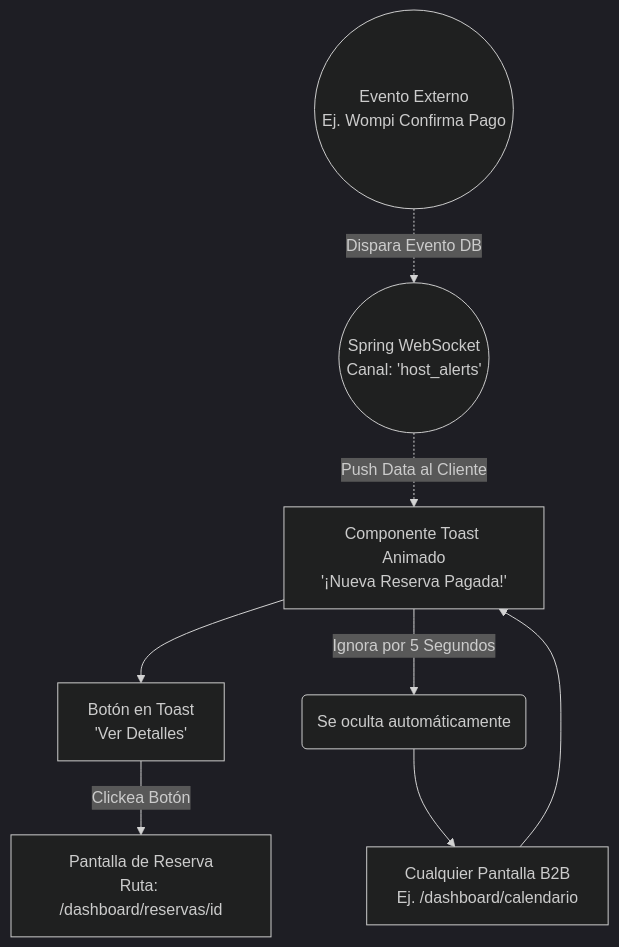
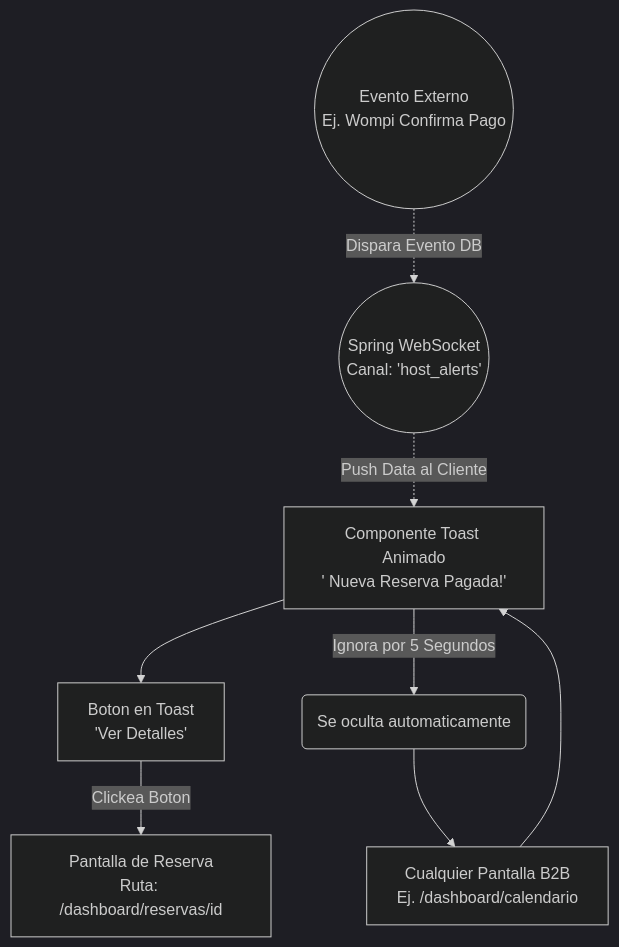
Before and after one commit to camilolayos54-dotcom/NosFuimosdeFinca: the second of 2 diagrams in docs/04-system-modeling/02.User_Flows_Task_Flows/modules/MOD-NOT_flows.md, drawn with Mermaid (dark theme). The commit also changed other lines of this file and 62 other files, not shown here.

````diff
--- a/docs/04-system-modeling/02.User_Flows_Task_Flows/modules/MOD-NOT_flows.md
+++ b/docs/04-system-modeling/02.User_Flows_Task_Flows/modules/MOD-NOT_flows.md
@@ -65,25 +65,25 @@
 ```mermaid
 flowchart TD
-    %% Nodos Lógicos/Asíncronos
+    %% Nodos Logicos/Asincronos
     ExternalTrigger((Evento Externo<br>Ej. Wompi Confirma Pago))
     SpringWebSocket((Spring WebSocket<br>Canal: 'host_alerts'))
     
     %% Nodos UI
     CurrentUI[Cualquier Pantalla B2B<br>Ej. /dashboard/calendario]
-    ToastUI[Componente Toast Animado<br>'¡Nueva Reserva Pagada!']
-    ActionBtnUI[Botón en Toast<br>'Ver Detalles']
+    ToastUI[Componente Toast Animado<br>' Nueva Reserva Pagada!']
+    ActionBtnUI[Boton en Toast<br>'Ver Detalles']
     DestinationUI[Pantalla de Reserva<br>Ruta: /dashboard/reservas/id]
     
-    %% Flujo Asíncrono Hacia el Cliente
+    %% Flujo Asincrono Hacia el Cliente
     ExternalTrigger -.-> |Dispara Evento DB| SpringWebSocket
     SpringWebSocket -.-> |Push Data al Cliente| ToastUI
     
-    %% Interacción del Usuario
+    %% Interaccion del Usuario
     CurrentUI --> ToastUI
     ToastUI --> ActionBtnUI
     
-    %% Decisión del Usuario
-    ActionBtnUI --> |Clickea Botón| DestinationUI
-    ToastUI --> |Ignora por 5 Segundos| AutoClose(Se oculta automáticamente)
+    %% Decision del Usuario
+    ActionBtnUI --> |Clickea Boton| DestinationUI
+    ToastUI --> |Ignora por 5 Segundos| AutoClose(Se oculta automaticamente)
     AutoClose --> CurrentUI
 ```
````
